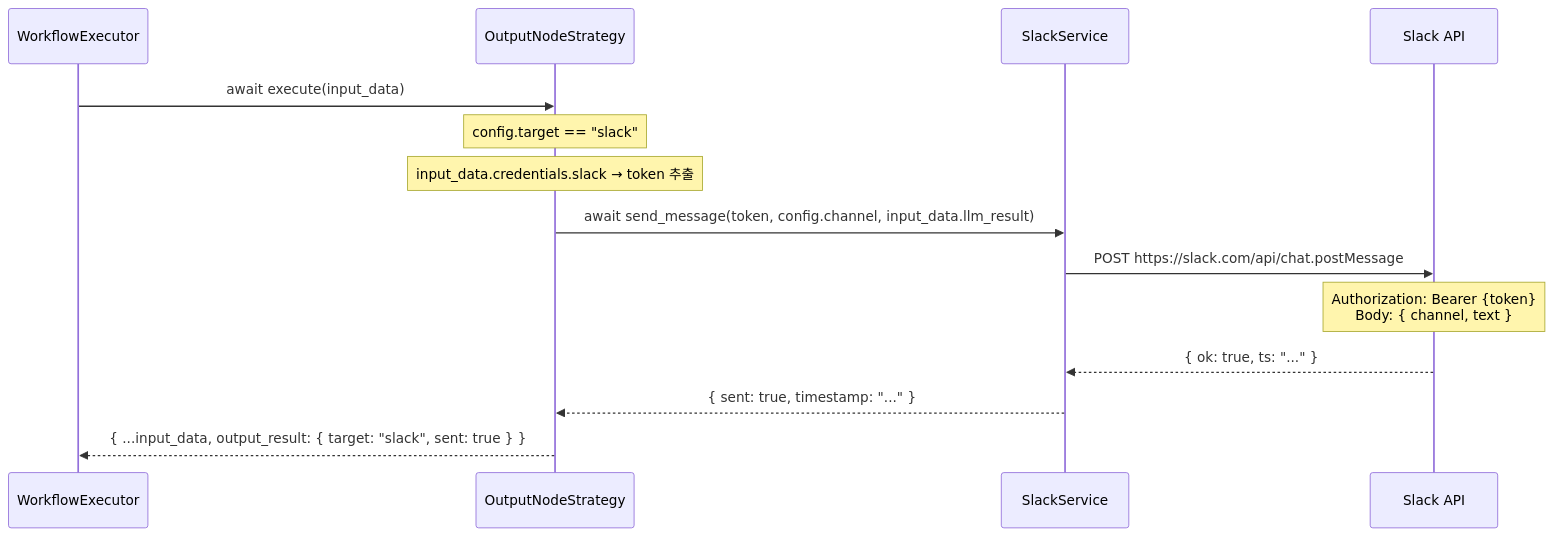
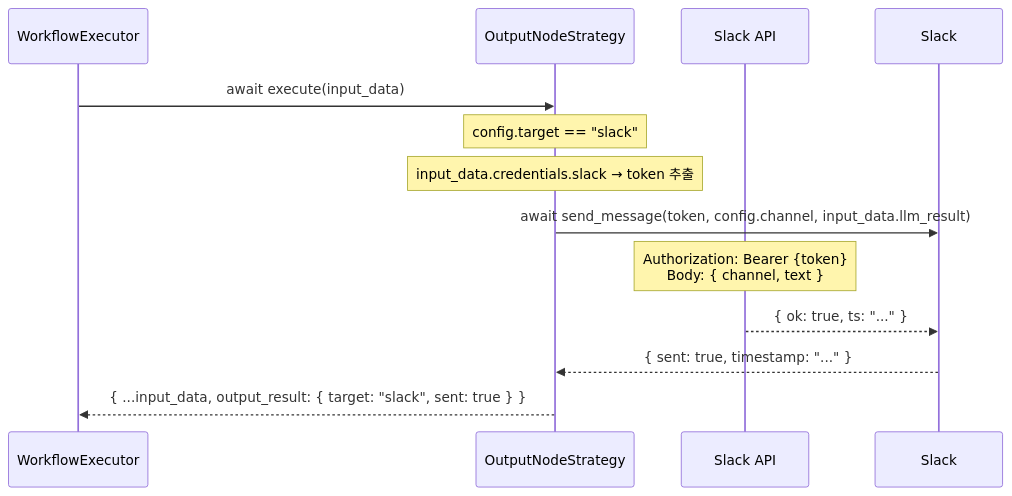
Before and after one commit to Shelter-of-the-old-people/flowify-BE: the seventh of 8 diagrams in .docs/design/fastapi_3_sequence_diagram.md, drawn with Mermaid. The commit also changed 12 other files, not shown here.

Commit message:
Remove Slack setup references from FastAPI docs

````diff
--- a/.docs/design/fastapi_3_sequence_diagram.md
+++ b/.docs/design/fastapi_3_sequence_diagram.md
@@ -240,19 +240,17 @@
 ```mermaid
 sequenceDiagram
     participant Exec as WorkflowExecutor
     participant Output as OutputNodeStrategy
-    participant Slack as SlackService
     participant API as Slack API
 
     Exec->>Output: await execute(input_data)
     Note over Output: config.target == "slack"
     Note over Output: input_data.credentials.slack → token 추출
 
     Output->>Slack: await send_message(token, config.channel, input_data.llm_result)
-    Slack->>API: POST https://slack.com/api/chat.postMessage
     Note over API: Authorization: Bearer {token}<br/>Body: { channel, text }
     API-->>Slack: { ok: true, ts: "..." }
 
     Slack-->>Output: { sent: true, timestamp: "..." }
     Output-->>Exec: { ...input_data, output_result: { target: "slack", sent: true } }
 ```
````
